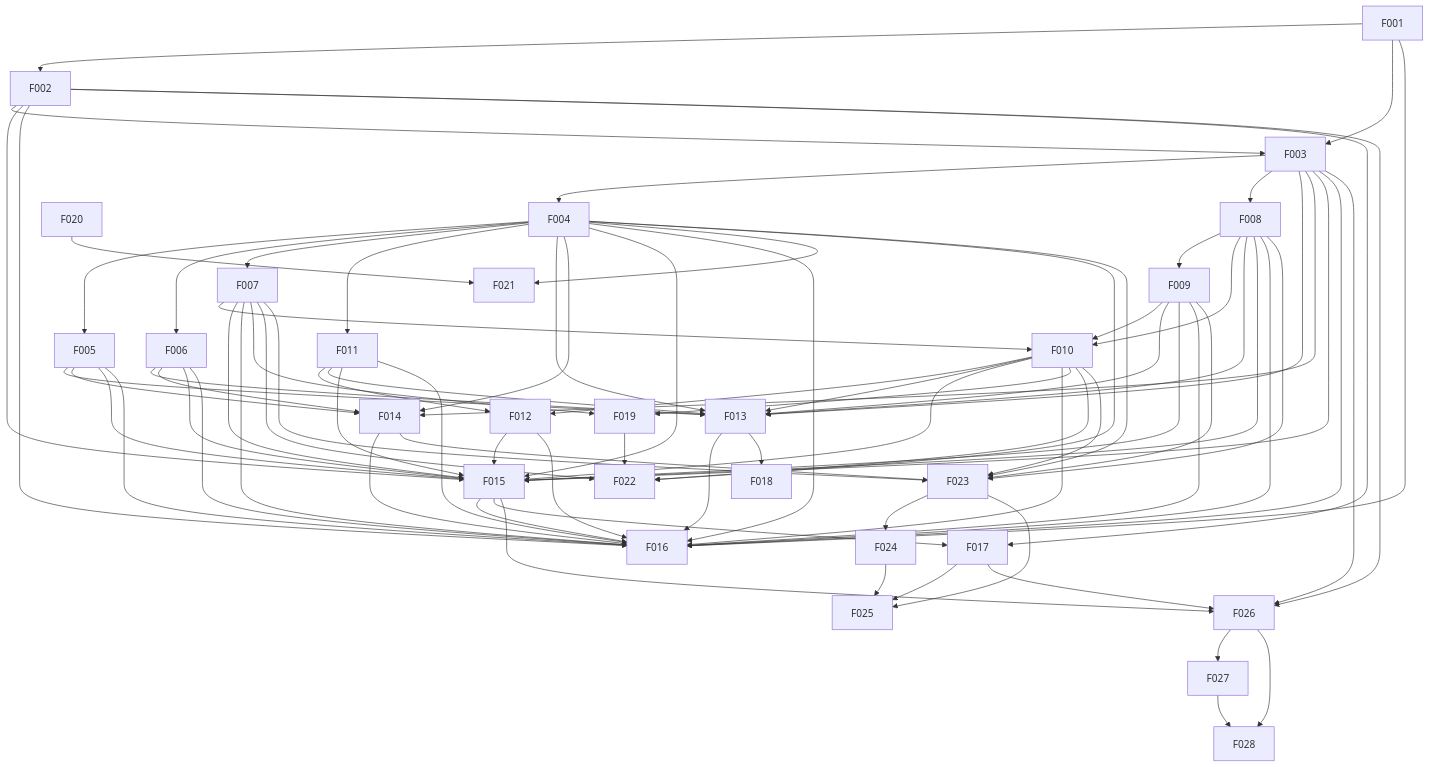
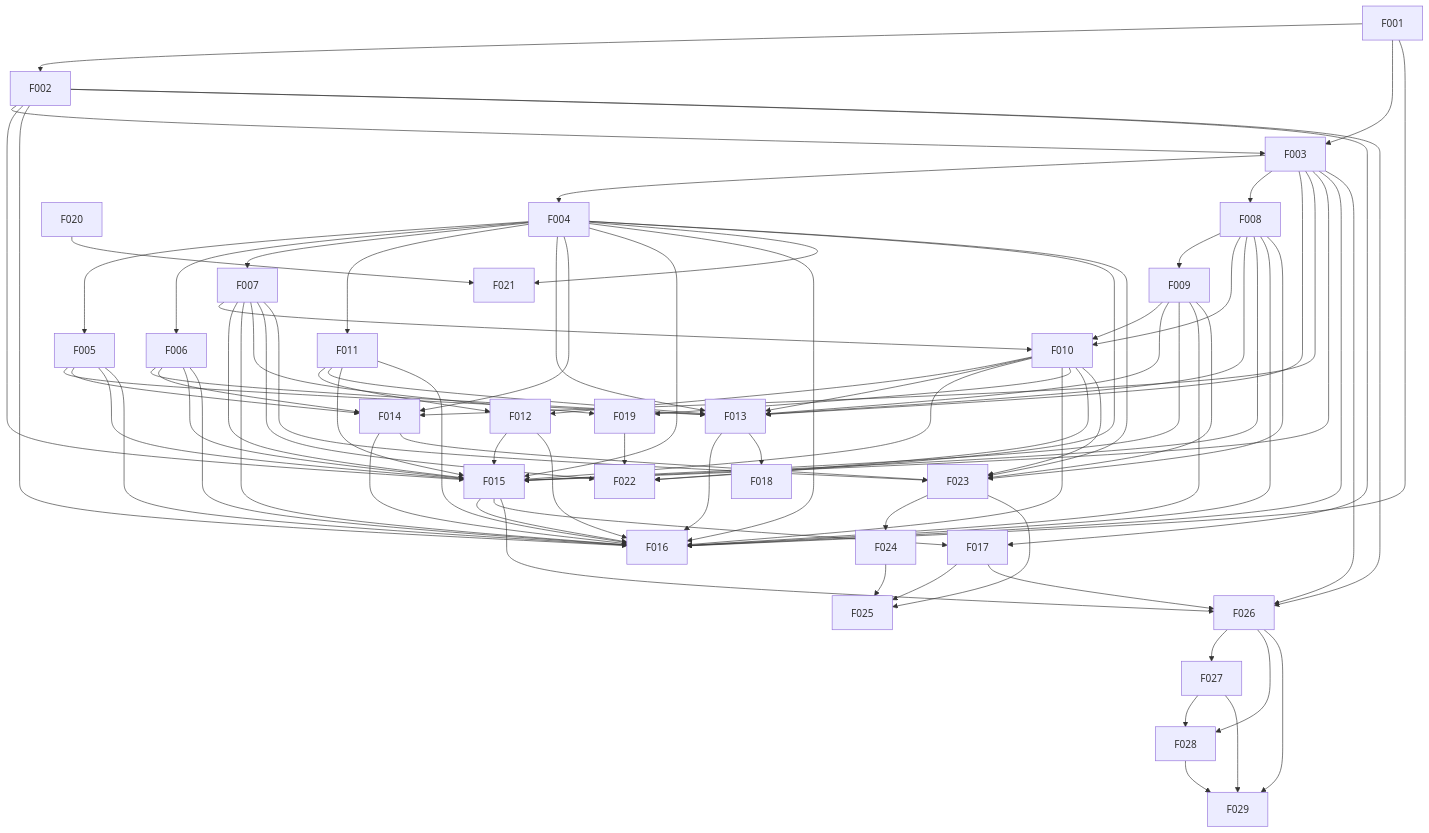
One commit to 47oo/csm changed the diagram in docs/project/dependency-map.md. Above: the diagram before and after it, drawn with Mermaid. The commit also changed other lines of this file and 3 other files, not shown here.

````diff
--- a/docs/project/dependency-map.md
+++ b/docs/project/dependency-map.md
@@ -36,6 +36,7 @@
     n25["F026"]
     n26["F027"]
     n27["F028"]
+    n28["F029"]
     n0 --> n1
     n0 --> n2
     n1 --> n2
@@ -117,4 +118,7 @@
     n25 --> n26
     n25 --> n27
     n26 --> n27
+    n25 --> n28
+    n26 --> n28
+    n27 --> n28
 ```
````
